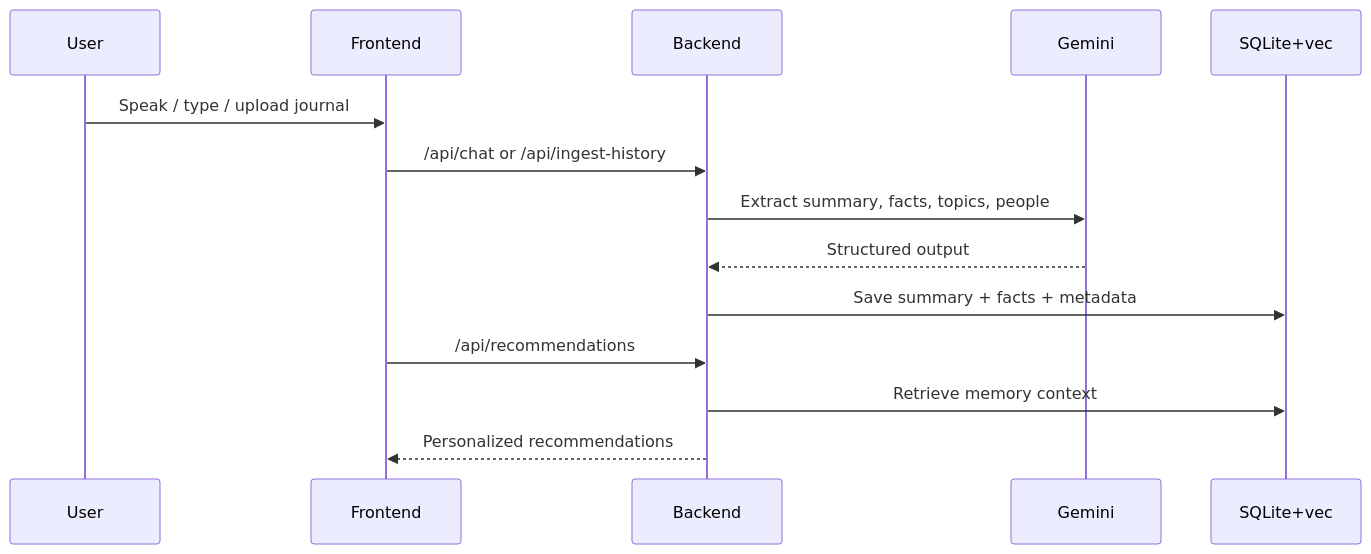
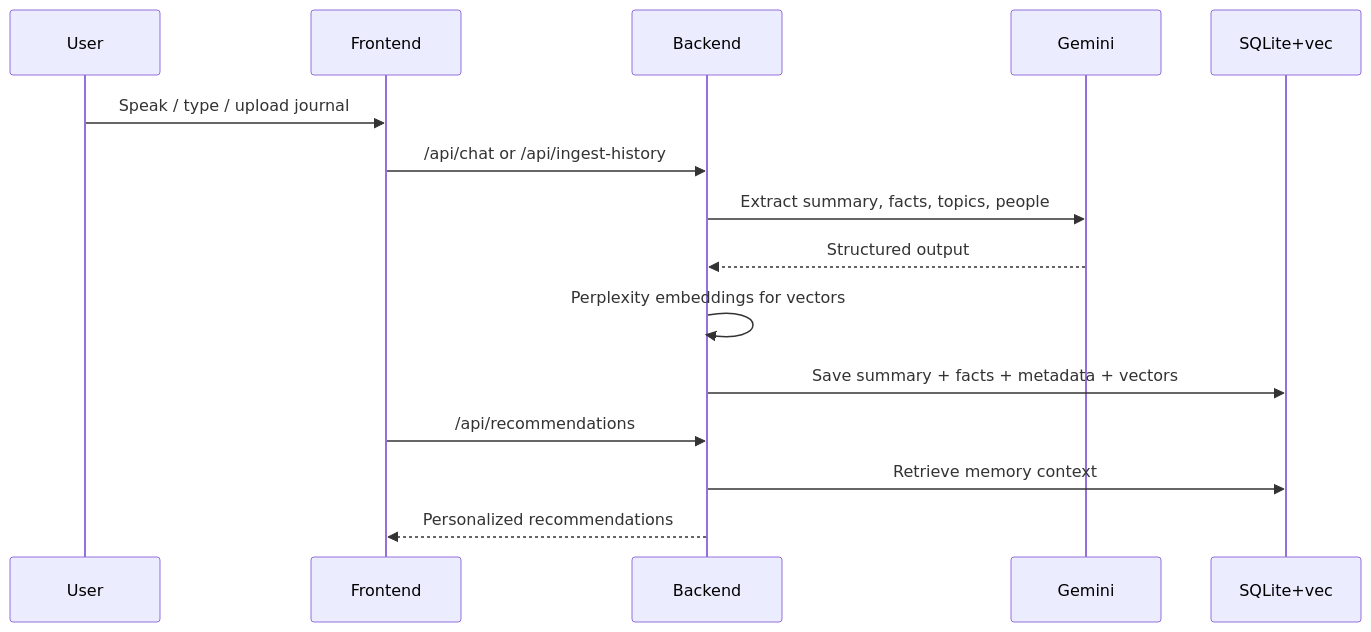
Before and after one commit to MrFunnything99/Open-Journal: the second of 3 diagrams in README.md, drawn with Mermaid. The commit also changed other lines of this file and 8 other files, not shown here.

First line of the commit message:
LightRAG off by default; Perplexity-only embeddings; clarify Gemini extraction

````diff
--- a/README.md
+++ b/README.md
@@ -106,17 +107,18 @@
 ```mermaid
 sequenceDiagram
     participant User
     participant Frontend
     participant Backend
     participant Gemini
     participant DB as SQLite+vec
 
     User->>Frontend: Speak / type / upload journal
     Frontend->>Backend: /api/chat or /api/ingest-history
     Backend->>Gemini: Extract summary, facts, topics, people
     Gemini-->>Backend: Structured output
-    Backend->>DB: Save summary + facts + metadata
+    Backend->>Backend: Perplexity embeddings for vectors
+    Backend->>DB: Save summary + facts + metadata + vectors
     Frontend->>Backend: /api/recommendations
     Backend->>DB: Retrieve memory context
     Backend-->>Frontend: Personalized recommendations
 ```
````
